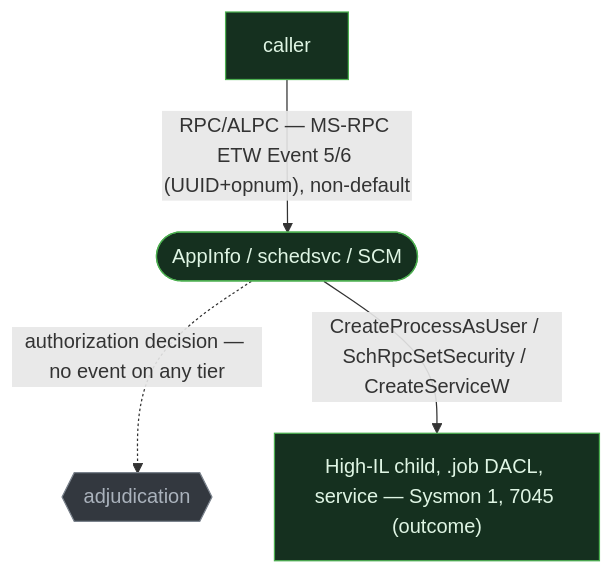
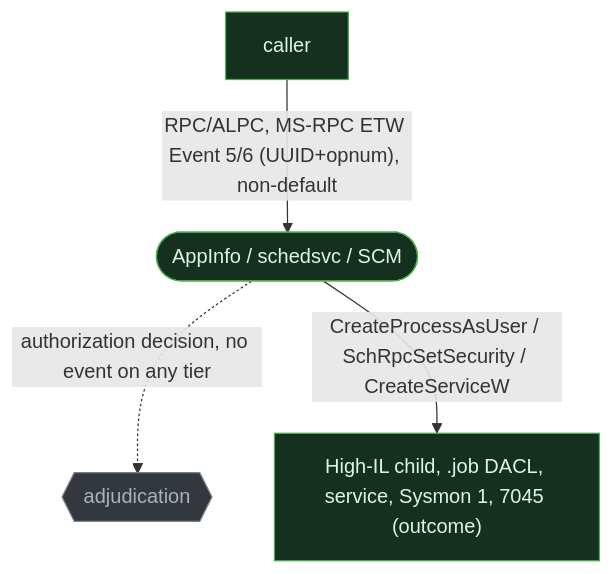
The fourth of 4 diagrams in src/privilege-escalation/02-polkit-authz.md (iimp0ster/os-internals-de-guide), drawn with Mermaid before and after one commit. The commit also changed other lines of this file and 53 other files, not shown here.

````diff
--- a/src/privilege-escalation/02-polkit-authz.md
+++ b/src/privilege-escalation/02-polkit-authz.md
@@ -134,8 +124,8 @@
 ```mermaid
 flowchart TB
-    P["caller"]:::seen -->|"RPC/ALPC — MS-RPC ETW Event 5/6 (UUID+opnum), non-default"| B(["AppInfo / schedsvc / SCM"]):::seen
-    B -.->|"authorization decision — no event on any tier"| D{{"adjudication"}}:::blind
-    B -->|"CreateProcessAsUser / SchRpcSetSecurity / CreateServiceW"| A["High-IL child, .job DACL, service — Sysmon 1, 7045 (outcome)"]:::seen
+    P["caller"]:::seen -->|"RPC/ALPC, MS-RPC ETW Event 5/6 (UUID+opnum), non-default"| B(["AppInfo / schedsvc / SCM"]):::seen
+    B -.->|"authorization decision, no event on any tier"| D{{"adjudication"}}:::blind
+    B -->|"CreateProcessAsUser / SchRpcSetSecurity / CreateServiceW"| A["High-IL child, .job DACL, service, Sysmon 1, 7045 (outcome)"]:::seen
     classDef seen fill:#15301f,stroke:#4caf50,color:#dff5e4;
     classDef blind fill:#33383f,stroke:#7a828c,color:#aab2bc;
 ```
````
